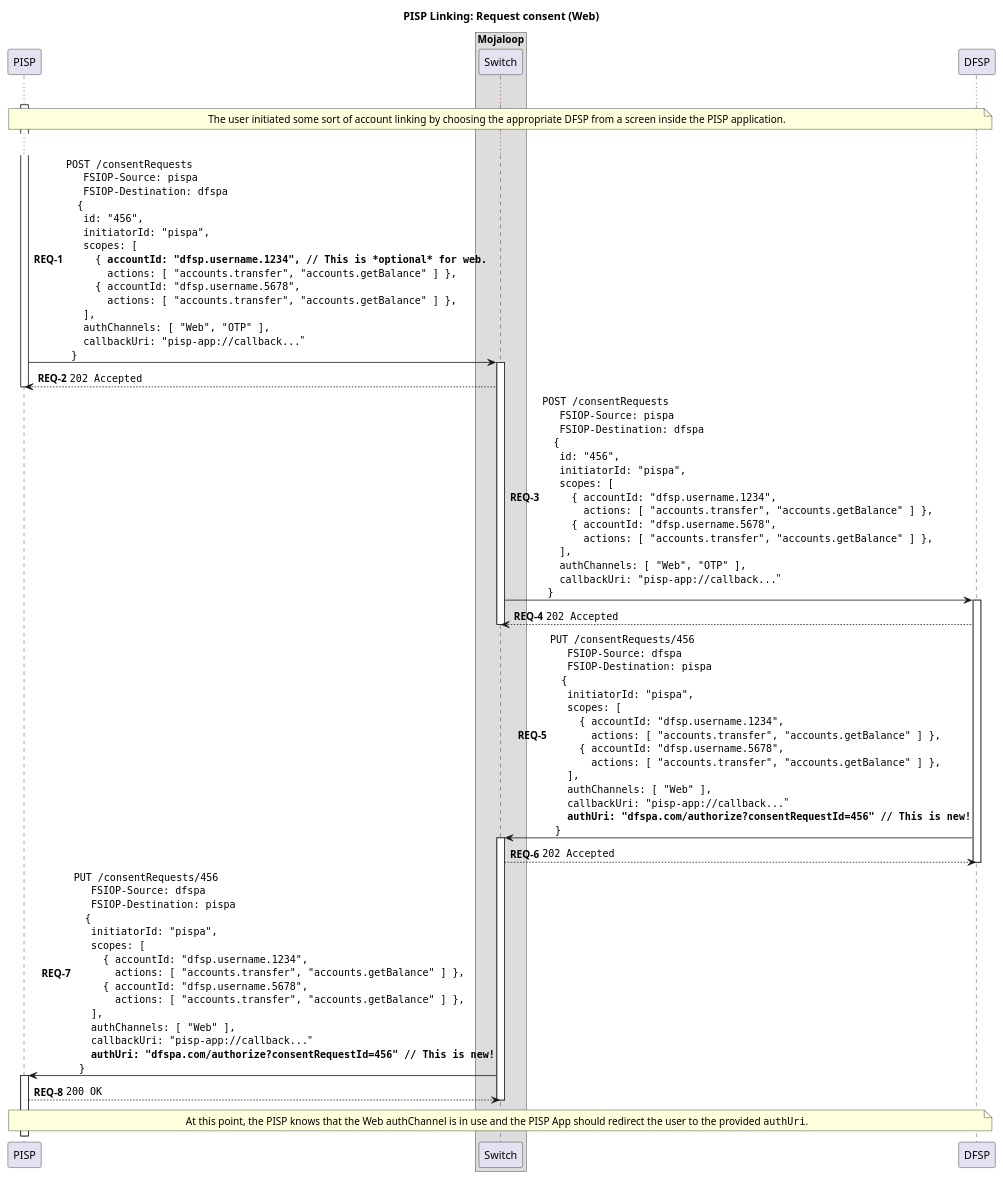
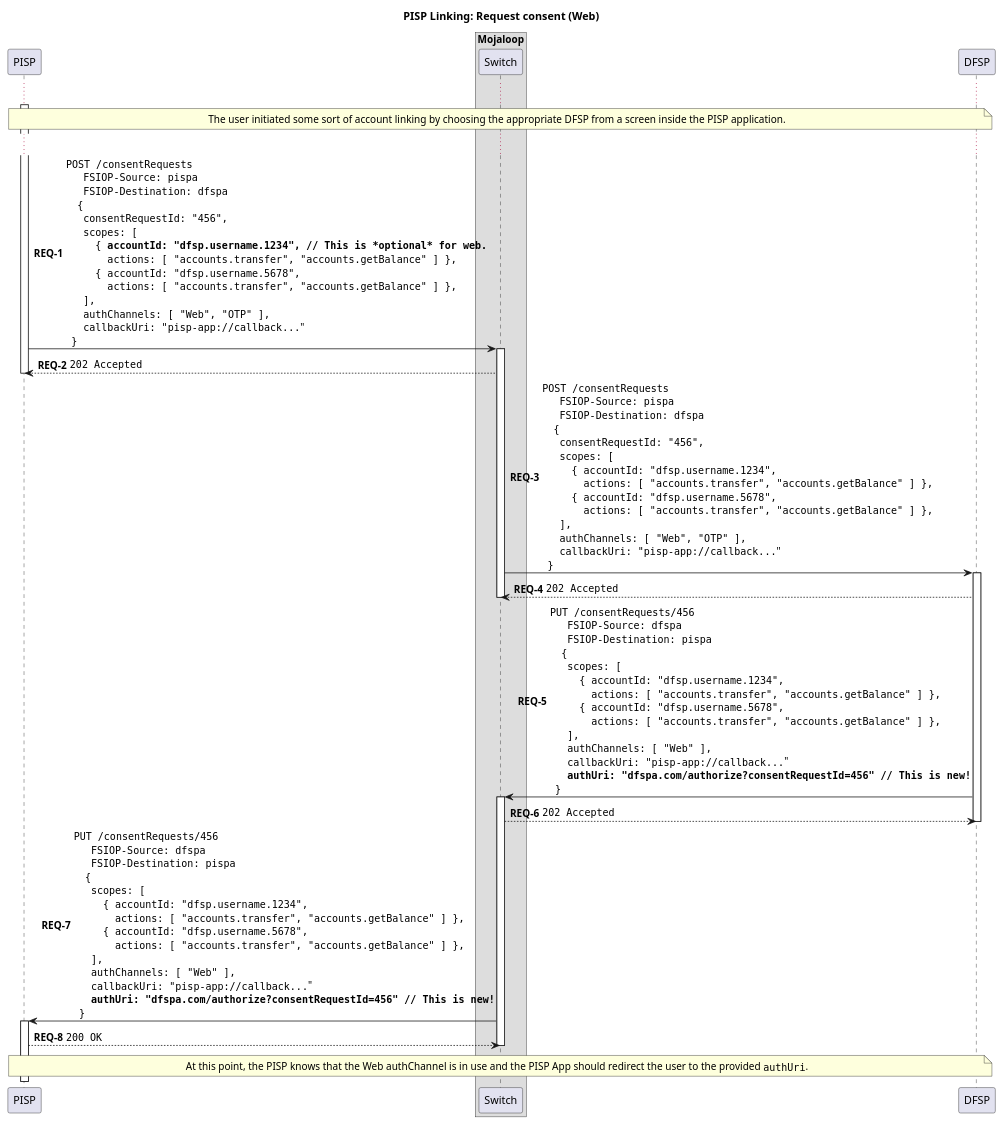
One commit to mojaloop/pisp-project changed the diagram in docs/linking/2-request-consent-web.puml. Above: the diagram before and after it, drawn with PlantUML. The commit also changed 77 other files, not shown here.

```diff
--- a/docs/linking/2-request-consent-web.puml
+++ b/docs/linking/2-request-consent-web.puml
@@ -1,102 +1,98 @@
 @startuml
 
 title PISP Linking: Request consent (Web)
 
 participant "PISP" as PISP
 
 box "Mojaloop"
     participant Switch
 end box
 
 participant DFSP
 
 autonumber 1 "<b>REQ-#</b>"
 
 activate PISP
 
 ...
 
 note over PISP, DFSP
     The user initiated some sort of account linking by choosing the appropriate DFSP from a screen inside the PISP application.
 end note
 
 ...
 
 PISP -> Switch ++: ""POST /consentRequests""\n\
   ""  FSIOP-Source: pispa""\n\
   ""  FSIOP-Destination: dfspa""\n\
   "" {""\n\
-  ""  id: "456",""\n\
-  ""  initiatorId: "pispa",""\n\
+  ""  consentRequestId: "456",""\n\
   ""  scopes: [ ""\n\
   ""    { **accountId: "dfsp.username.1234", // This is *optional* for web.**""\n\
   ""      actions: [ "accounts.transfer", "accounts.getBalance" ] },""\n\
   ""    { accountId: "dfsp.username.5678",""\n\
   ""      actions: [ "accounts.transfer", "accounts.getBalance" ] },""\n\
   ""  ],""\n\
   ""  authChannels: [ "Web", "OTP" ],""\n\
   ""  callbackUri: "pisp-app://callback..."""\n\
   ""}""
 Switch --> PISP: ""202 Accepted""
 deactivate PISP
 
 Switch -> DFSP ++:  ""POST /consentRequests""\n\
   ""  FSIOP-Source: pispa""\n\
   ""  FSIOP-Destination: dfspa""\n\
   "" {""\n\
-  ""  id: "456",""\n\
-  ""  initiatorId: "pispa",""\n\
+  ""  consentRequestId: "456",""\n\
   ""  scopes: [ ""\n\
   ""    { accountId: "dfsp.username.1234",""\n\
   ""      actions: [ "accounts.transfer", "accounts.getBalance" ] },""\n\
   ""    { accountId: "dfsp.username.5678",""\n\
   ""      actions: [ "accounts.transfer", "accounts.getBalance" ] },""\n\
   ""  ],""\n\
   ""  authChannels: [ "Web", "OTP" ],""\n\
   ""  callbackUri: "pisp-app://callback..."""\n\
   ""}""
 DFSP --> Switch: ""202 Accepted""
 deactivate Switch
 
 DFSP -> Switch ++: ""PUT /consentRequests/456""\n\
   ""  FSIOP-Source: dfspa""\n\
   ""  FSIOP-Destination: pispa""\n\
   "" {""\n\
-  ""  initiatorId: "pispa",""\n\
   ""  scopes: [ ""\n\
   ""    { accountId: "dfsp.username.1234",""\n\
   ""      actions: [ "accounts.transfer", "accounts.getBalance" ] },""\n\
   ""    { accountId: "dfsp.username.5678",""\n\
   ""      actions: [ "accounts.transfer", "accounts.getBalance" ] },""\n\
   ""  ],""\n\
   ""  authChannels: [ "Web" ],""\n\
   ""  callbackUri: "pisp-app://callback..."""\n\
   ""  **authUri: "dfspa.com/authorize?consentRequestId=456" // This is new!**""\n\
   ""}""
 ' TODO: Should this be 200 OK? or 202 Accepted?
 Switch --> DFSP: ""202 Accepted""
 deactivate DFSP
 
 Switch -> PISP ++: ""PUT /consentRequests/456""\n\
   ""  FSIOP-Source: dfspa""\n\
   ""  FSIOP-Destination: pispa""\n\
   "" {""\n\
-  ""  initiatorId: "pispa",""\n\
   ""  scopes: [ ""\n\
   ""    { accountId: "dfsp.username.1234",""\n\
   ""      actions: [ "accounts.transfer", "accounts.getBalance" ] },""\n\
   ""    { accountId: "dfsp.username.5678",""\n\
   ""      actions: [ "accounts.transfer", "accounts.getBalance" ] },""\n\
   ""  ],""\n\
   ""  authChannels: [ "Web" ],""\n\
   ""  callbackUri: "pisp-app://callback..."""\n\
   ""  **authUri: "dfspa.com/authorize?consentRequestId=456" // This is new!**""\n\
   ""}""
 PISP --> Switch: ""200 OK""
 deactivate Switch
 
 note over PISP, DFSP
   At this point, the PISP knows that the Web authChannel is in use and the PISP App should redirect the user to the provided ""authUri"".
 end note
 
 @enduml
```
